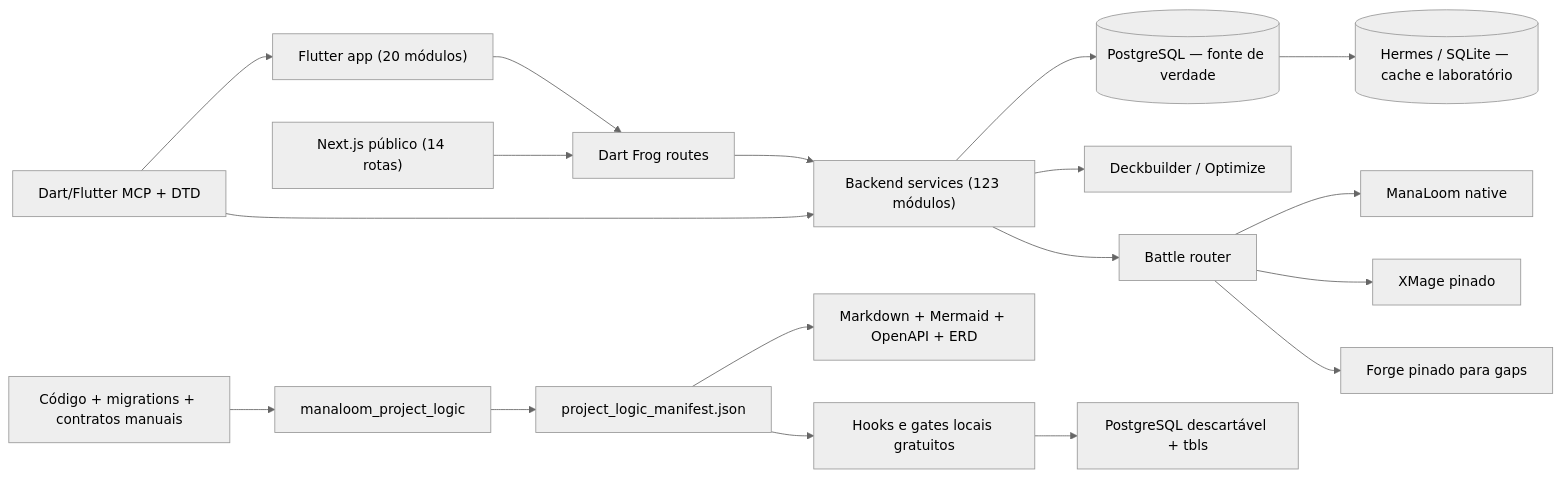
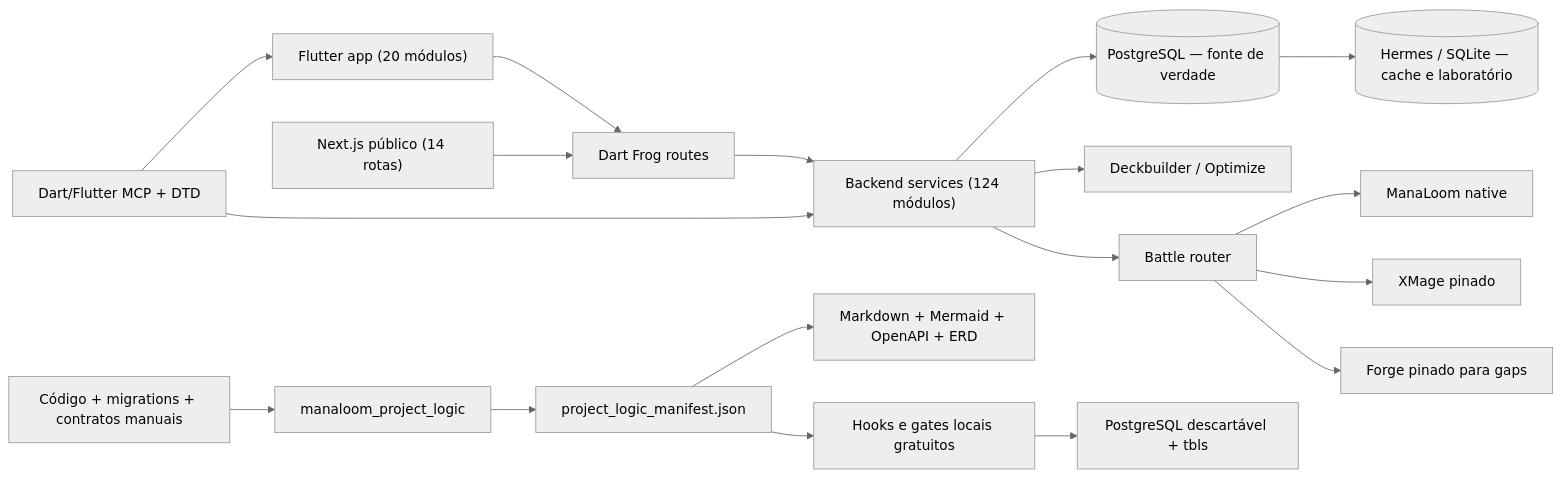
One commit to softwarePredador/mtgia changed the diagram in docs/generated/ARCHITECTURE.md. Above: the diagram before and after it, drawn with Mermaid (neutral theme). The commit also changed 8 other files, not shown here.

````diff
--- a/docs/generated/ARCHITECTURE.md
+++ b/docs/generated/ARCHITECTURE.md
@@ -5,20 +5,20 @@
 ```mermaid
 flowchart LR
     UI["Flutter app (20 módulos)"] --> API["Dart Frog routes"]
     WEB["Next.js público (14 rotas)"] --> API
-    API --> DOMAIN["Backend services (123 módulos)"]
+    API --> DOMAIN["Backend services (124 módulos)"]
     DOMAIN --> PG[("PostgreSQL — fonte de verdade")]
     DOMAIN --> AI["Deckbuilder / Optimize"]
     DOMAIN --> BATTLE["Battle router"]
     BATTLE --> NATIVE["ManaLoom native"]
     BATTLE --> XMAGE["XMage pinado"]
     BATTLE --> FORGE["Forge pinado para gaps"]
     PG --> HERMES[("Hermes / SQLite — cache e laboratório")]
     SRC["Código + migrations + contratos manuais"] --> GEN["manaloom_project_logic"]
     GEN --> MANIFEST["project_logic_manifest.json"]
     MANIFEST --> DOCS["Markdown + Mermaid + OpenAPI + ERD"]
     MANIFEST --> LOCAL["Hooks e gates locais gratuitos"]
     LOCAL --> TBLS["PostgreSQL descartável + tbls"]
     MCP["Dart/Flutter MCP + DTD"] --> UI
     MCP --> DOMAIN
 ```
````
